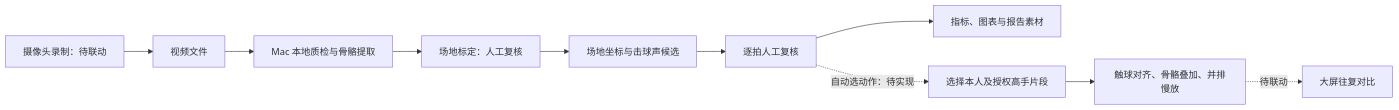
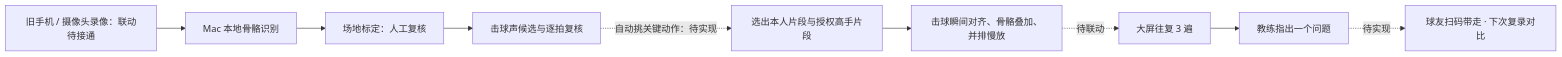
Before and after one commit to twischen-dot/badminton-mirror-coach: the diagram in README.md, drawn with Mermaid. The commit also changed other lines of this file, not shown here.

````diff
--- a/README.md
+++ b/README.md
@@ -21,12 +29,11 @@
 ```mermaid
 flowchart LR
-    A[摄像头录制：待联动] --> B[视频文件]
-    B --> C[Mac 本地质检与骨骼提取]
-    C --> D[场地标定：人工复核]
-    D --> E[场地坐标与击球声候选]
-    E --> F[逐拍人工复核]
-    F --> G[指标、图表与报告素材]
-    F -. 自动选动作：待实现 .-> H[选择本人及授权高手片段]
-    H --> I[触球对齐、骨骼叠加、并排慢放]
-    I -. 待联动 .-> J[大屏往复对比]
+    A[旧手机 / 摄像头录像：联动待接通] --> B[Mac 本地骨骼识别]
+    B --> C[场地标定：人工复核]
+    C --> D[击球声候选与逐拍复核]
+    D -. 自动挑关键动作：待实现 .-> E[选出本人片段与授权高手片段]
+    E --> F[击球瞬间对齐、骨骼叠加、并排慢放]
+    F -. 待联动 .-> G[大屏往复 3 遍]
+    G --> H[教练指出一个问题]
+    H -. 待实现 .-> I[球友扫码带走 · 下次复录对比]
 ```
````
